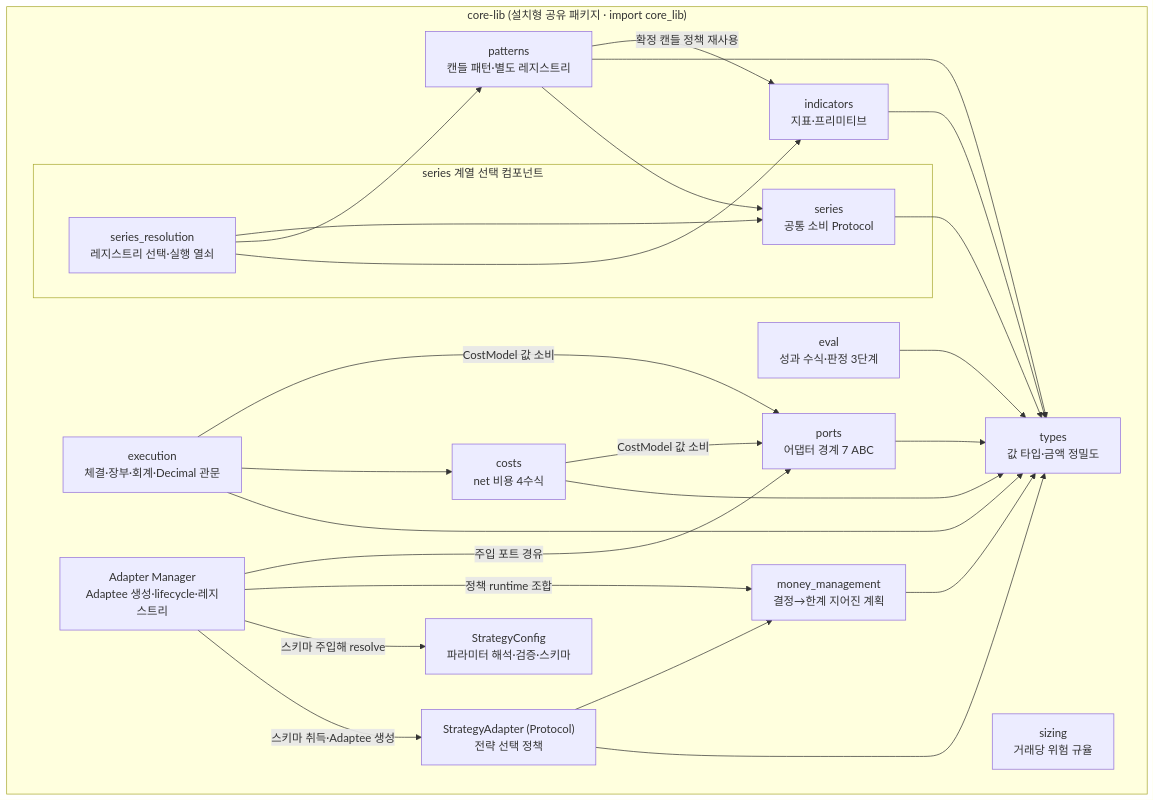
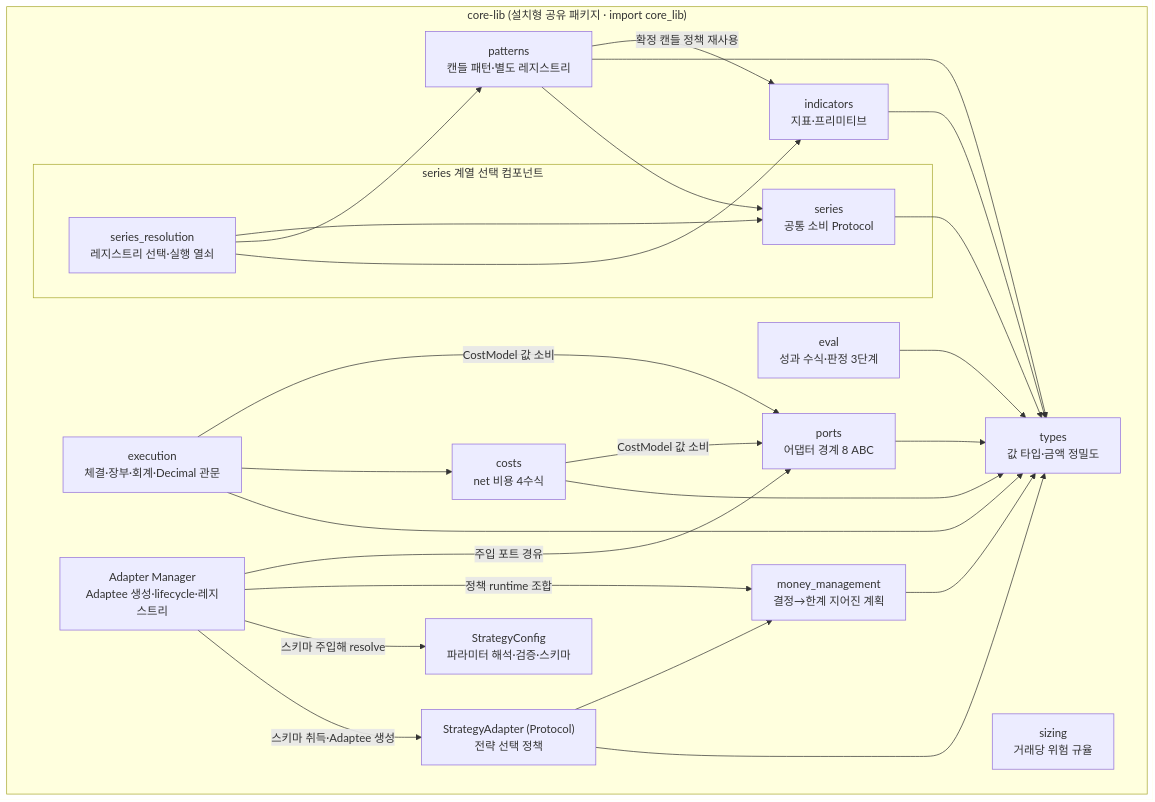
One commit to vessel35/trading-system-v2 changed the third of 38 diagrams in docs/fullspec/backtest_v2_detailed_design.md. Above: the diagram before and after it, drawn with Mermaid. The commit also changed other lines of this file and 21 other files, not shown here.

````diff
--- a/docs/fullspec/backtest_v2_detailed_design.md
+++ b/docs/fullspec/backtest_v2_detailed_design.md
@@ -572,43 +572,43 @@
 ```mermaid
 flowchart TD
     subgraph CORELIB["core-lib (설치형 공유 패키지 · import core_lib)"]
         TYPES["types<br/>값 타입·금액 정밀도"]
         IND["indicators<br/>지표·프리미티브"]
         PAT["patterns<br/>캔들 패턴·별도 레지스트리"]
         subgraph SERIES["series 계열 선택 컴포넌트"]
             SER["series<br/>공통 소비 Protocol"]
             RES["series_resolution<br/>레지스트리 선택·실행 열쇠"]
         end
         MM["money_management<br/>결정→한계 지어진 계획"]
         STRAT["StrategyAdapter (Protocol)<br/>전략 선택 정책"]
         SIZ["sizing<br/>거래당 위험 규율"]
         CST["costs<br/>net 비용 4수식"]
         EXE["execution<br/>체결·장부·회계·Decimal 관문"]
-        PORT["ports<br/>어댑터 경계 7 ABC"]
+        PORT["ports<br/>어댑터 경계 8 ABC"]
         EVAL["eval<br/>성과 수식·판정 3단계"]
         MGR["Adapter Manager<br/>Adaptee 생성·lifecycle·레지스트리"]
         CFG["StrategyConfig<br/>파라미터 해석·검증·스키마"]
     end
     IND --> TYPES
     PAT --> TYPES
     PAT -->|확정 캔들 정책 재사용| IND
     PAT --> SER
     RES --> IND
     RES --> PAT
     RES --> SER
     SER --> TYPES
     MM --> TYPES
     STRAT --> TYPES
     STRAT --> MM
     CST --> TYPES
     CST -->|CostModel 값 소비| PORT
     EXE --> TYPES
     EXE --> CST
     EXE -->|CostModel 값 소비| PORT
     PORT --> TYPES
     EVAL --> TYPES
     MGR -->|스키마 취득·Adaptee 생성| STRAT
     MGR -->|스키마 주입해 resolve| CFG
     MGR -->|정책 runtime 조합| MM
     MGR -->|주입 포트 경유| PORT
 ```
````
